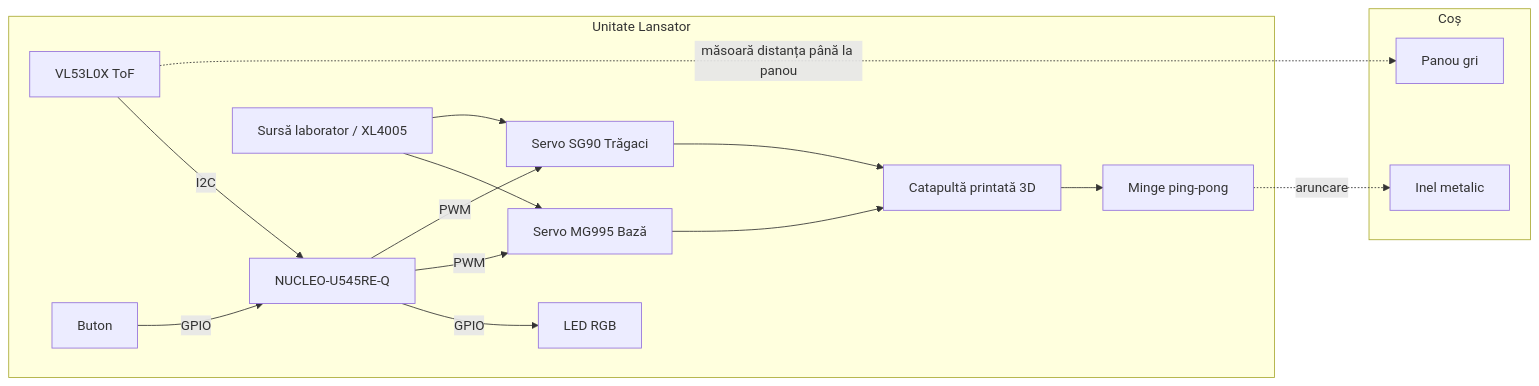
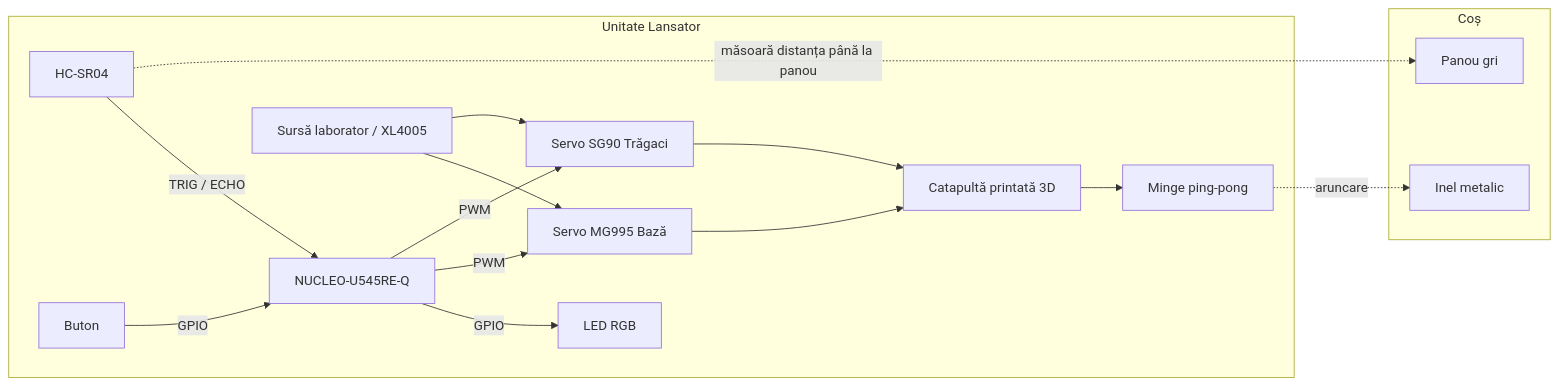
Before and after one commit to UPB-PMRust/website: the first of 2 diagrams in website/versioned_docs/version-acs_cc/project/2026/vlad.raris/index.md, drawn with Mermaid. The commit also changed other lines of this file and 7 other files, not shown here.

````diff
--- a/website/versioned_docs/version-acs_cc/project/2026/vlad.raris/index.md
+++ b/website/versioned_docs/version-acs_cc/project/2026/vlad.raris/index.md
@@ -31,23 +31,23 @@
 ```mermaid
 flowchart LR
     subgraph Cos ["Coș"]
         Panou[Panou gri]
         Inel[Inel metalic]
     end
 
     subgraph Lansator ["Unitate Lansator"]
-        Senzor[VL53L0X ToF] -->|I2C| MCU[NUCLEO-U545RE-Q]
+        Senzor[HC-SR04] -->|TRIG / ECHO| MCU[NUCLEO-U545RE-Q]
         Buton[Buton] -->|GPIO| MCU
         MCU -->|GPIO| LED[LED RGB]
         MCU -->|PWM| S1[Servo MG995 Bază]
         MCU -->|PWM| S2[Servo SG90 Trăgaci]
         Alimentare[Sursă laborator / XL4005] --> S1
         Alimentare --> S2
         Catapulta[Catapultă printată 3D] --> Minge[Minge ping-pong]
         S2 --> Catapulta
         S1 --> Catapulta
     end
 
     Senzor -.->|măsoară distanța până la panou| Panou
     Minge -.->|aruncare| Inel
 ```
````
